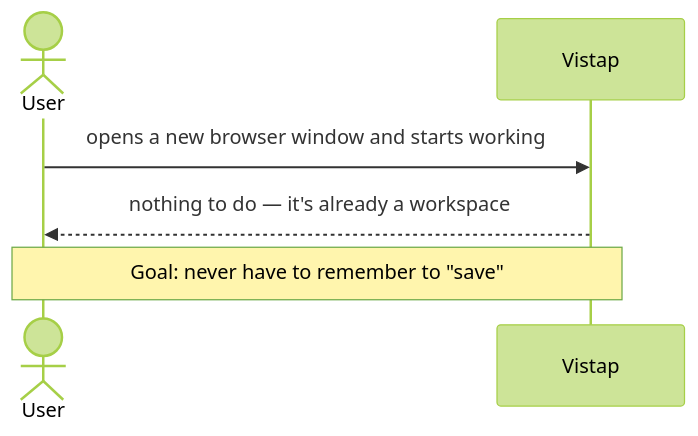
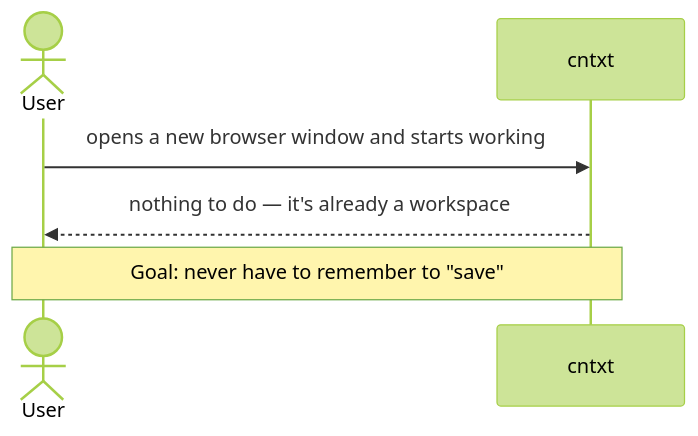
Before and after one commit to enyhma/cntxt: the first of 11 diagrams in docs/workflows.md, drawn with Mermaid (forest theme). The commit also changed other lines of this file and 16 other files, not shown here.

First line of the commit message:
chore: rename Vistap to cntxt

````diff
--- a/docs/workflows.md
+++ b/docs/workflows.md
@@ -24,9 +24,9 @@
 ```mermaid
 sequenceDiagram
     actor User
-    participant Vistap
+    participant cntxt
 
-    User->>Vistap: opens a new browser window and starts working
-    Vistap-->>User: nothing to do — it's already a workspace
-    Note over User,Vistap: Goal: never have to remember to "save"
+    User->>cntxt: opens a new browser window and starts working
+    cntxt-->>User: nothing to do — it's already a workspace
+    Note over User,cntxt: Goal: never have to remember to "save"
 ```
````
